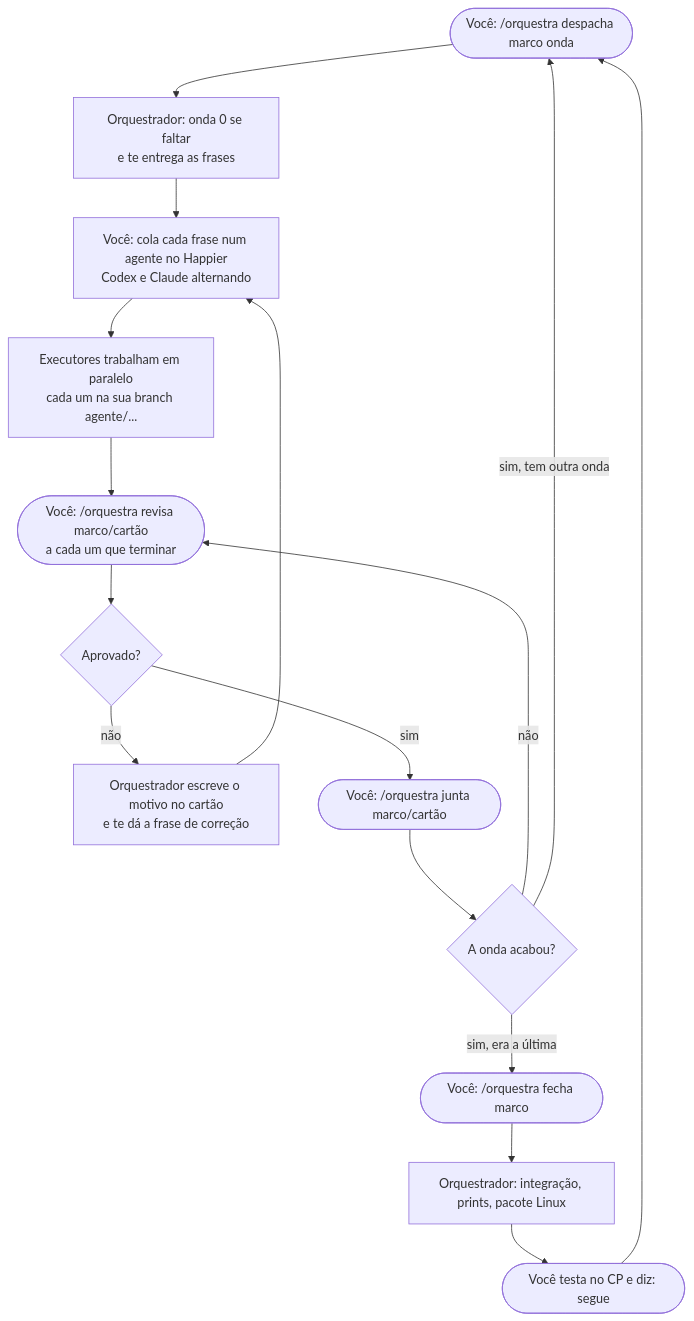
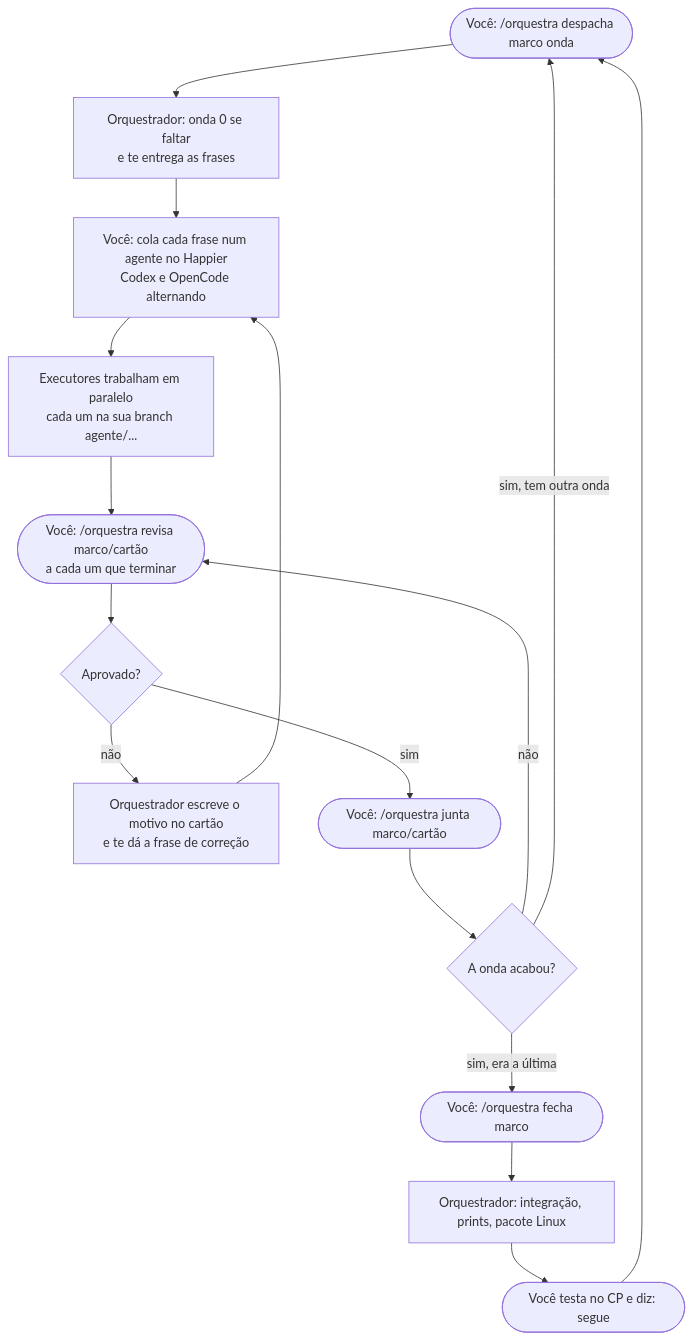
The second of 2 diagrams in docs/ORQUESTRACAO.md (Marcelao98/Fierium), drawn with Mermaid before and after one commit. The commit also changed other lines of this file and 4 other files, not shown here.

First line of the commit message:
Executores passam a ser Codex e OpenCode; o Claude só orquestra e revisa no fim (D28)

````diff
--- a/docs/ORQUESTRACAO.md
+++ b/docs/ORQUESTRACAO.md
@@ -137,18 +137,18 @@
 ```mermaid
 flowchart TD
   A([Você: /orquestra despacha marco onda]) --> B[Orquestrador: onda 0 se faltar<br/>e te entrega as frases]
-  B --> C[Você: cola cada frase num agente no Happier<br/>Codex e Claude alternando]
+  B --> C[Você: cola cada frase num agente no Happier<br/>Codex e OpenCode alternando]
   C --> D[Executores trabalham em paralelo<br/>cada um na sua branch agente/...]
   D --> E([Você: /orquestra revisa marco/cartão<br/>a cada um que terminar])
   E --> F{Aprovado?}
   F -- não --> G[Orquestrador escreve o motivo no cartão<br/>e te dá a frase de correção]
   G --> C
   F -- sim --> H([Você: /orquestra junta marco/cartão])
   H --> I{A onda acabou?}
   I -- não --> E
   I -- sim, tem outra onda --> A
   I -- sim, era a última --> J([Você: /orquestra fecha marco])
   J --> K[Orquestrador: integração, prints, pacote Linux]
   K --> L([Você testa no CP e diz: segue])
   L --> A
 ```
````
